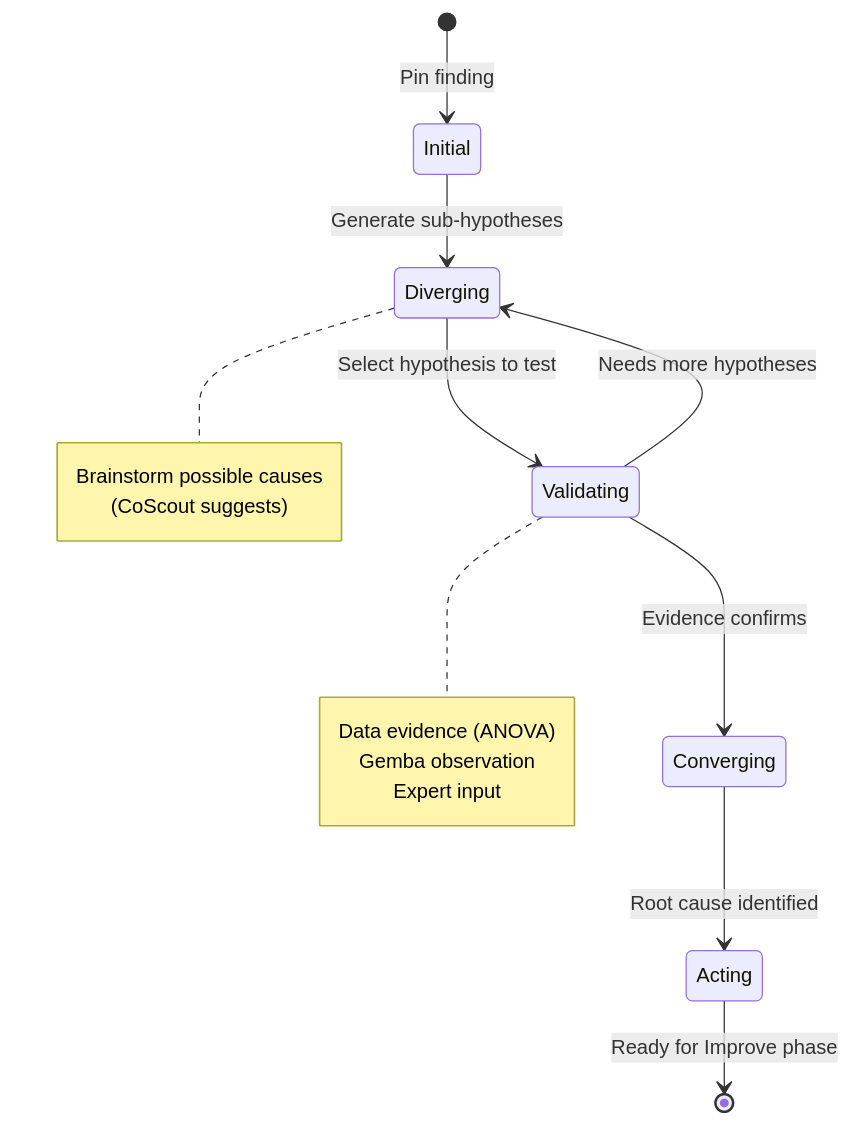
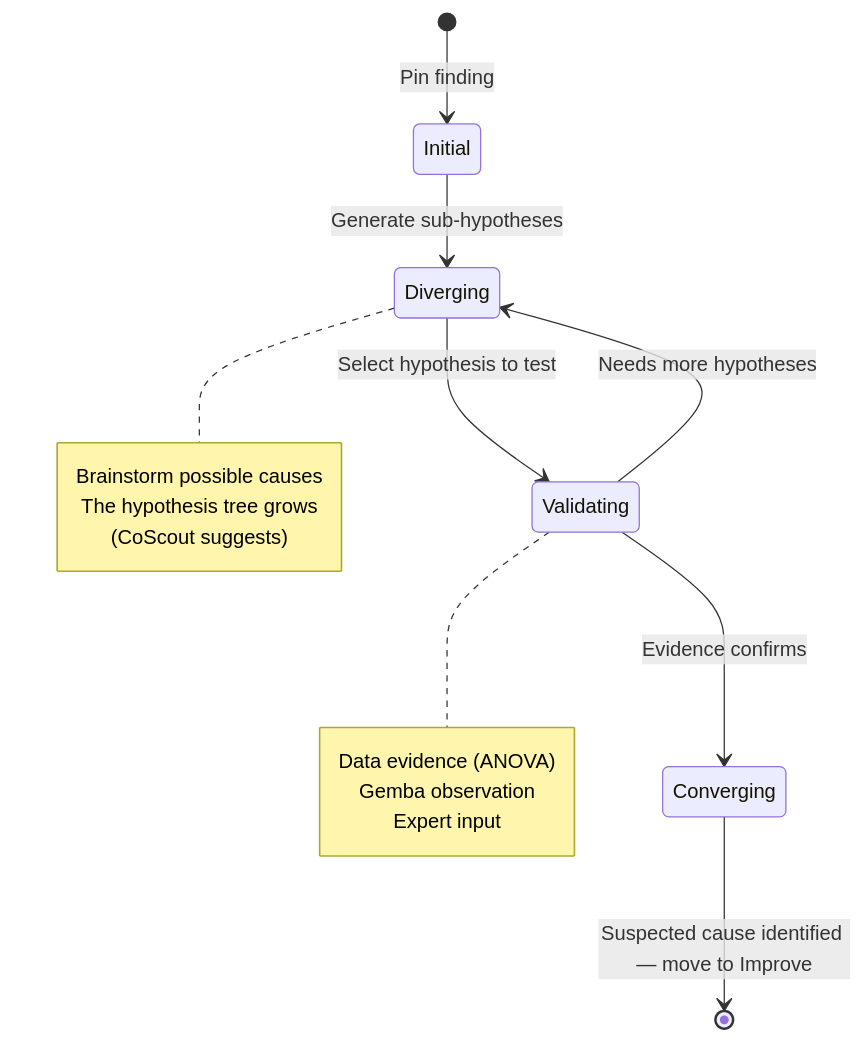
Before and after one commit to jukka-matti/variscout: the fourth of 8 diagrams in docs/03-features/workflows/analysis-journey-map.md, drawn with Mermaid. The commit also changed other lines of this file and 4 other files, not shown here.

First line of the commit message:
docs: redefine INVESTIGATE/IMPROVE boundary with 4-phase diamond and PDCA

````diff
--- a/docs/03-features/workflows/analysis-journey-map.md
+++ b/docs/03-features/workflows/analysis-journey-map.md
@@ -175,21 +175,21 @@
 ```mermaid
 stateDiagram-v2
     [*] --> Initial: Pin finding
     Initial --> Diverging: Generate sub-hypotheses
     Diverging --> Validating: Select hypothesis to test
     Validating --> Diverging: Needs more hypotheses
     Validating --> Converging: Evidence confirms
-    Converging --> Acting: Root cause identified
-    Acting --> [*]: Ready for Improve phase
+    Converging --> [*]: Suspected cause identified — move to Improve
 
     note right of Diverging
         Brainstorm possible causes
+        The hypothesis tree grows
         (CoScout suggests)
     end note
 
     note right of Validating
         Data evidence (ANOVA)
         Gemba observation
         Expert input
     end note
 ```
````
